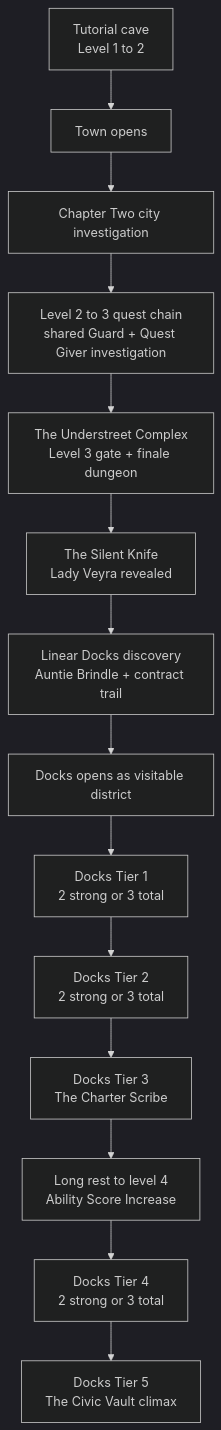
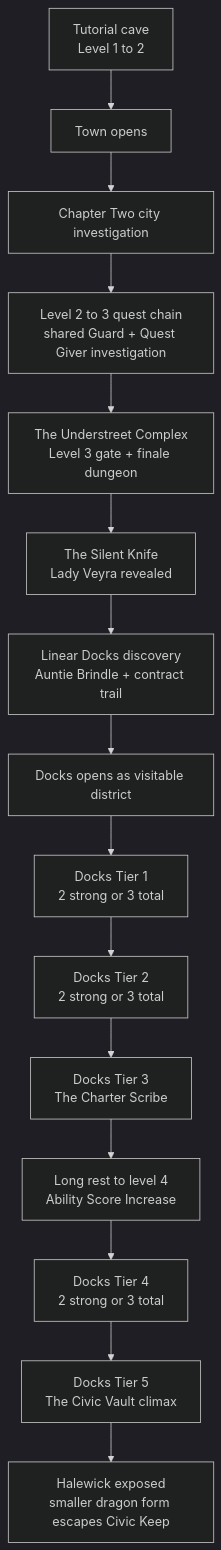
The first of 4 diagrams in docs/visual-story-progression.md (JesperYH24/dnd-git-adventure), drawn with Mermaid (dark theme) before and after one commit. The commit also changed other lines of this file and 6 other files, not shown here.

````diff
--- a/docs/visual-story-progression.md
+++ b/docs/visual-story-progression.md
@@ -5,19 +5,20 @@
 ```mermaid
 flowchart TD
     Tutorial["Tutorial cave\nLevel 1 to 2"] --> TownOpen["Town opens"]
     TownOpen --> ChapterTwo["Chapter Two city investigation"]
 
     ChapterTwo --> Level23["Level 2 to 3 quest chain\nshared Guard + Quest Giver investigation"]
     Level23 --> Understreet["The Understreet Complex\nLevel 3 gate + finale dungeon"]
 
     Understreet --> SilentKnife["The Silent Knife\nLady Veyra revealed"]
     SilentKnife --> DocksLinear["Linear Docks discovery\nAuntie Brindle + contract trail"]
     DocksLinear --> DocksOpen["Docks opens as visitable district"]
 
     DocksOpen --> DocksT1["Docks Tier 1\n2 strong or 3 total"]
     DocksT1 --> DocksT2["Docks Tier 2\n2 strong or 3 total"]
     DocksT2 --> CharterScribe["Docks Tier 3\nThe Charter Scribe"]
     CharterScribe --> Level4["Long rest to level 4\nAbility Score Increase"]
     Level4 --> DocksT4["Docks Tier 4\n2 strong or 3 total"]
     DocksT4 --> CivicVault["Docks Tier 5\nThe Civic Vault climax"]
+    CivicVault --> HalewickEscape["Halewick exposed\nsmaller dragon form escapes Civic Keep"]
 ```
````
